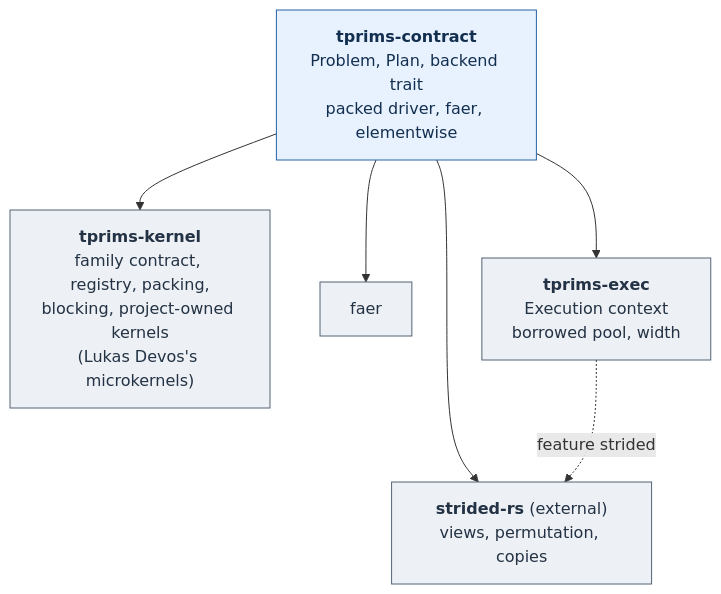
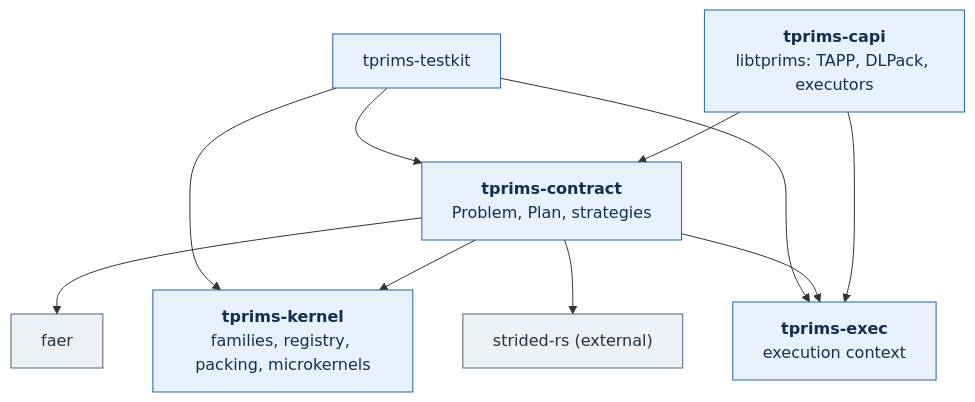
Before and after one commit to shinaoka/tensoralgebra-rs: the diagram in README.md, drawn with Mermaid. The commit also changed other lines of this file and 18 other files, not shown here.

Commit message:
Rewrite README, architecture, principles, decision log, provenance and migration guide; CI, AGENTS and REPOSITORY_RULES name only existing packages; pin the deletion parent

````diff
--- a/README.md
+++ b/README.md
@@ -39,17 +39,23 @@
 ```mermaid
 flowchart TB
-    CT["<b>tprims-contract</b><br/>Problem, Plan, backend trait<br/>packed driver, faer, elementwise"]
-    GK["<b>tprims-kernel</b><br/>family contract, registry, packing,<br/>blocking, project-owned kernels<br/>(Lukas Devos's microkernels)"]
+    CAPI["<b>tprims-capi</b><br/>libtprims: TAPP, DLPack, executors"]
+    CT["<b>tprims-contract</b><br/>Problem, Plan, strategies"]
+    GK["<b>tprims-kernel</b><br/>families, registry, packing, microkernels"]
+    EX["<b>tprims-exec</b><br/>execution context"]
     FA["faer"]
-    ST["<b>strided-rs</b> (external)<br/>views, permutation, copies"]
-    EX["<b>tprims-exec</b><br/>Execution context<br/>borrowed pool, width"]
+    ST["strided-rs (external)"]
+    TK["tprims-testkit"]
+    CAPI --> CT
+    CAPI --> EX
     CT --> GK
+    CT --> EX
     CT --> FA
     CT --> ST
-    CT --> EX
-    EX -.->|"feature strided"| ST
-    classDef tensor fill:#e8f2ff,stroke:#2563a6,color:#132f50
-    classDef base fill:#edf0f4,stroke:#536477,color:#233244
-    class CT tensor
-    class GK,FA,ST,EX base
+    TK --> CT
+    TK --> GK
+    TK --> EX
+    classDef own fill:#e8f2ff,stroke:#2563a6,color:#132f50
+    classDef ext fill:#edf0f4,stroke:#536477,color:#233244
+    class CAPI,CT,GK,EX,TK own
+    class FA,ST ext
 ```
````
